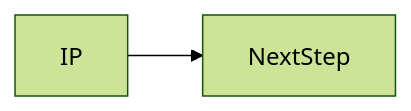
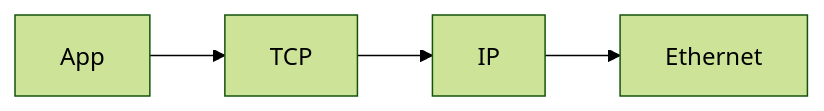
The second of 2 diagrams in docs/en/02-internet/ip/index.md (OmidJavaherii/Frontend-Engineering-Handbook), drawn with Mermaid (forest theme) before and after one commit. The commit also changed other lines of this file and 461 other files, not shown here.

````diff
--- a/docs/en/02-internet/ip/index.md
+++ b/docs/en/02-internet/ip/index.md
@@ -94,4 +105,4 @@
 ```mermaid
 flowchart LR
-  concept[IP] --> nextStep[NextStep]
+  App --> TCP --> IP --> Ethernet
 ```
````
